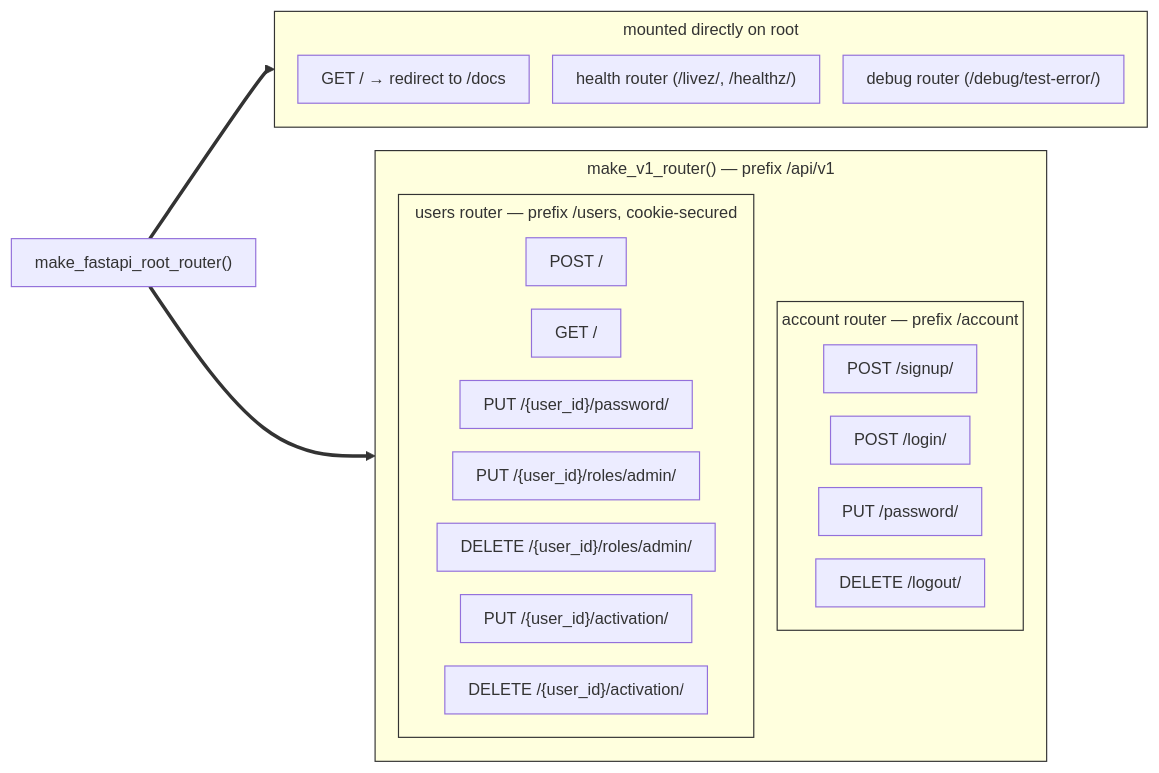
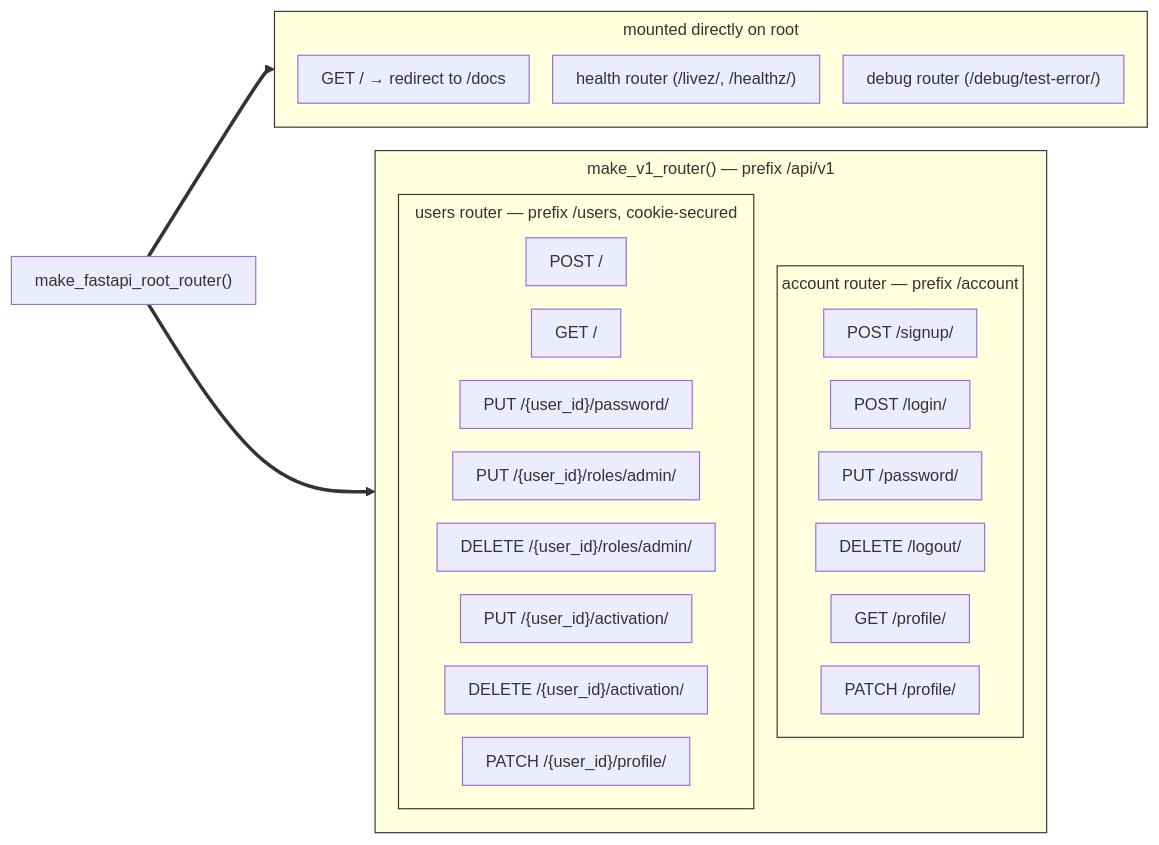
The first of 2 diagrams in docs/wiki/content/architecture/inbound-layer.md (Kgotso-Koete/fastapi-clean-example), drawn with Mermaid before and after one commit. The commit also changed other lines of this file and 57 other files, not shown here.

Commit message:
feat(profiles): add profile editing with user descriptions, self-service and admin edits (v0.19.0) (#17)

````diff
--- a/docs/wiki/content/architecture/inbound-layer.md
+++ b/docs/wiki/content/architecture/inbound-layer.md
@@ -22,38 +22,41 @@
     ```mermaid
     %%{init: {"theme": "default", "themeVariables": {"fontSize": "14px"}, "flowchart": {"nodeSpacing": 20, "rankSpacing": 16, "padding": 10, "subGraphTitleMargin": {"top": 5, "bottom": 12}, "useMaxWidth": false}}}%%
     flowchart LR
         root["make_fastapi_root_router()"]
 
         subgraph rootmounts["mounted directly on root"]
             redirect["GET / → redirect to /docs"]
             health["health router (/livez/, /healthz/)"]
             debug["debug router (/debug/test-error/)"]
         end
 
         subgraph v1["make_v1_router() — prefix /api/v1"]
             subgraph account["account router — prefix /account"]
                 signup["POST /signup/"]
                 login["POST /login/"]
                 changepw["PUT /password/"]
                 logout["DELETE /logout/"]
+                getprofile["GET /profile/"]
+                editprofile["PATCH /profile/"]
             end
             subgraph users["users router — prefix /users, cookie-secured"]
                 createuser["POST /"]
                 listusers["GET /"]
                 setpw["PUT /{user_id}/password/"]
                 grant["PUT /{user_id}/roles/admin/"]
                 revoke["DELETE /{user_id}/roles/admin/"]
                 activate["PUT /{user_id}/activation/"]
                 deactivate["DELETE /{user_id}/activation/"]
+                editusrprofile["PATCH /{user_id}/profile/"]
             end
         end
 
         root --> rootmounts
         root --> v1
 
         linkStyle default stroke-width:3px,stroke:#333333
         style rootmounts stroke-width:1px,stroke:#333333
         style v1 stroke-width:1px,stroke:#333333
         style account stroke-width:1px,stroke:#333333
         style users stroke-width:1px,stroke:#333333
     ```
````
